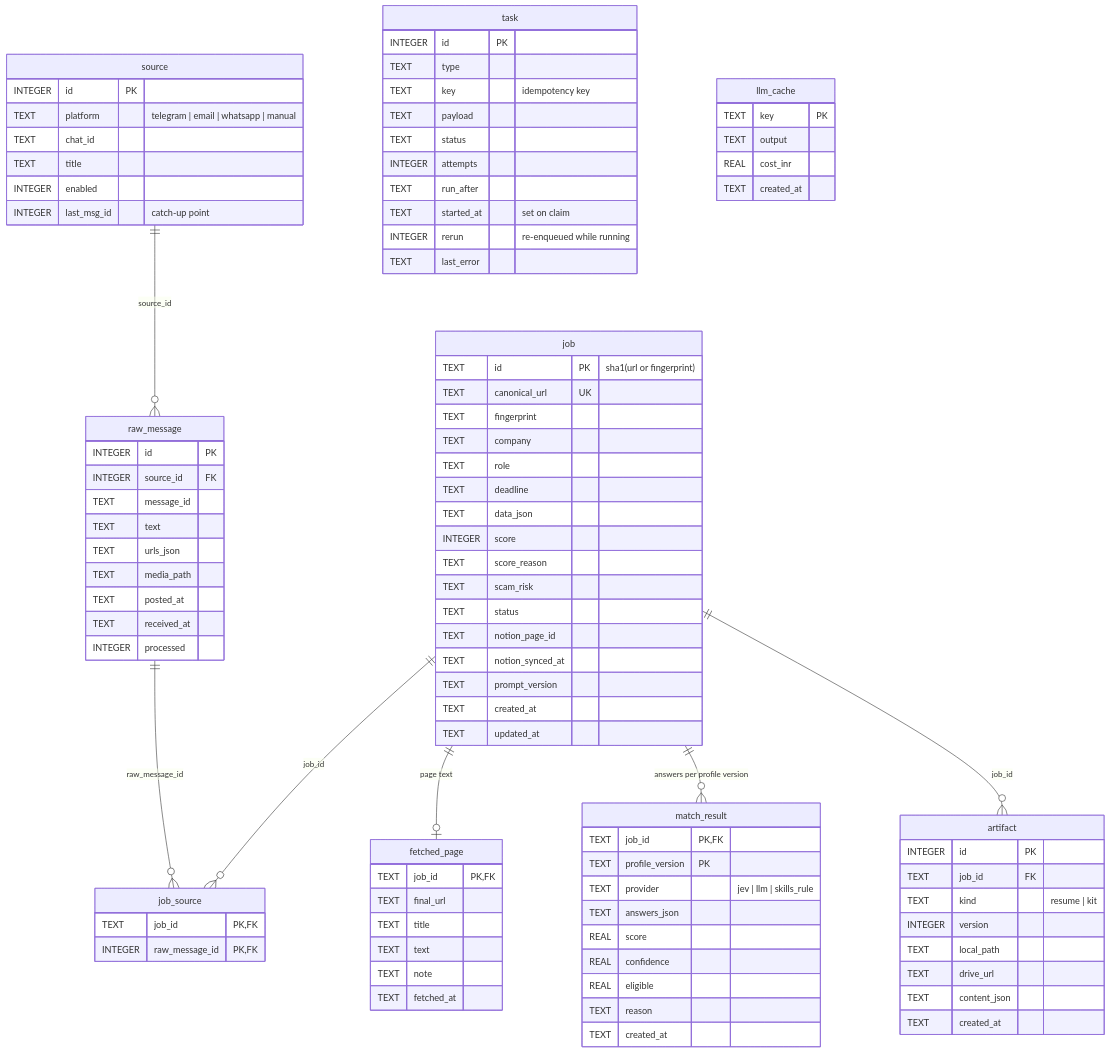
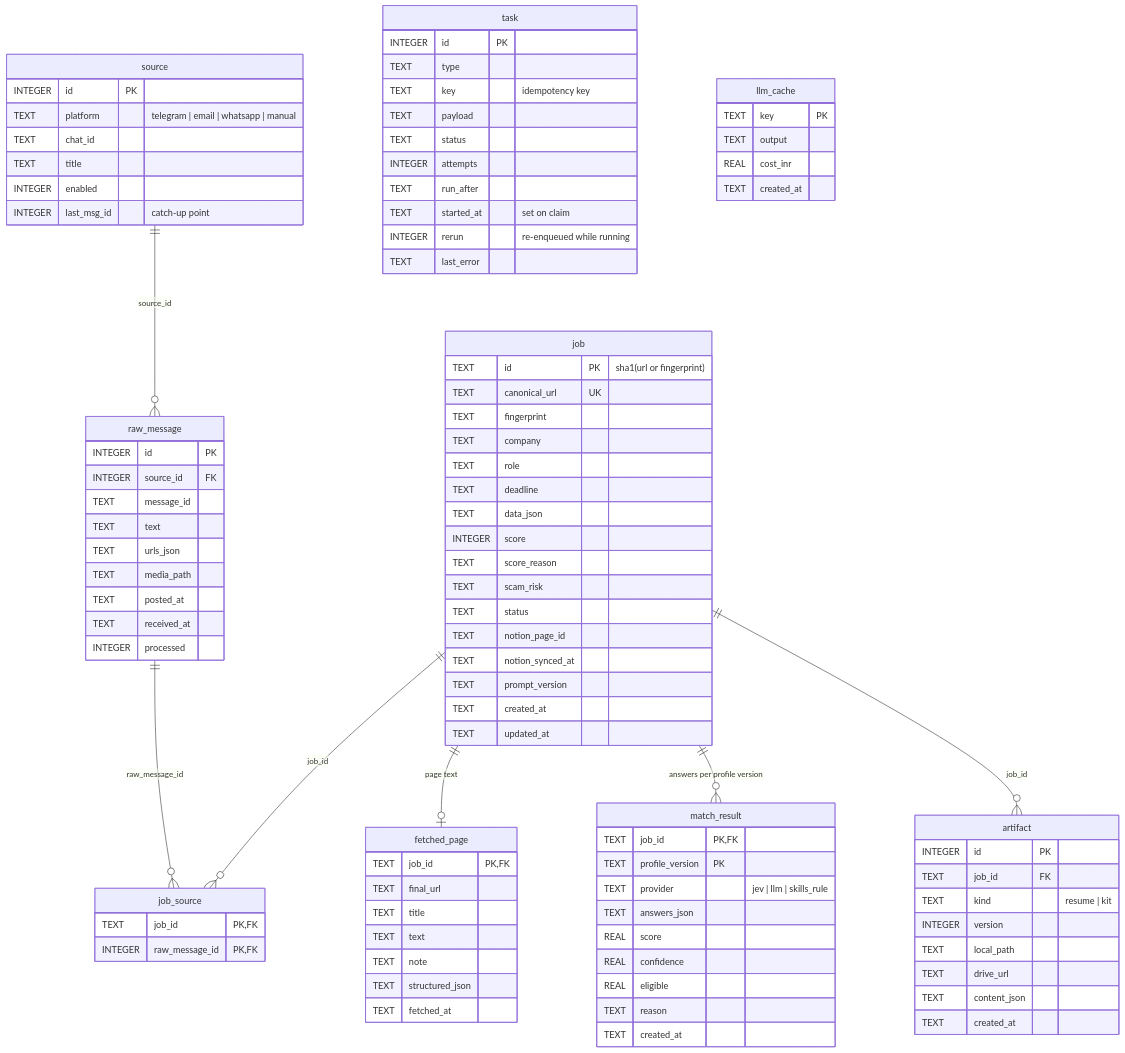
One commit to ThePlator/JobRadar changed the first of 7 diagrams in docs/LLD.md. Above: the diagram before and after it, drawn with Mermaid. The commit also changed other lines of this file and 22 other files, not shown here.

```diff
--- a/docs/LLD.md
+++ b/docs/LLD.md
@@ -286,6 +287,7 @@
         TEXT title
         TEXT text
         TEXT note
+        TEXT structured_json
         TEXT fetched_at
     }
     match_result {
```
